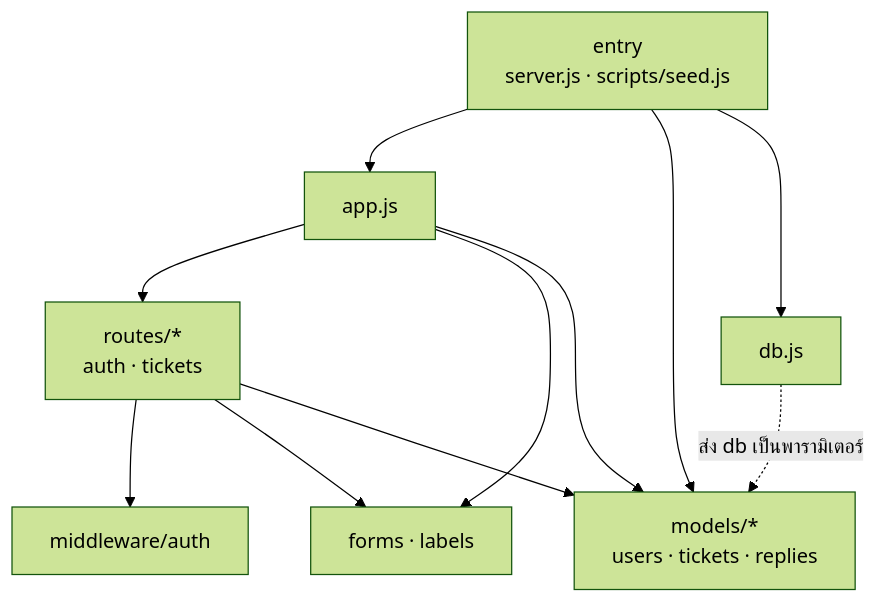
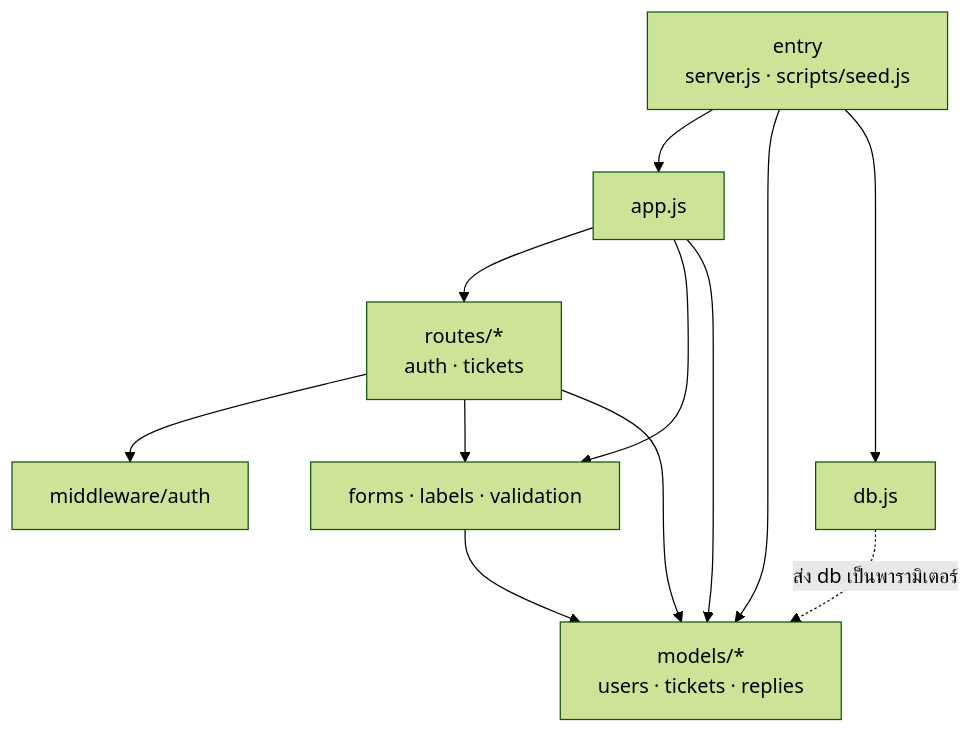
The diagram in README.md (patcharakasitpk-svg/customer-support), drawn with Mermaid (forest theme) before and after one commit. The commit also changed other lines of this file and 11 other files, not shown here.

Commit message:
test: split tests into unit and integration, add unit tests for middleware, helpers and models

````diff
--- a/README.md
+++ b/README.md
@@ -63,21 +76,22 @@
 ```mermaid
 flowchart TD
   entry["entry<br/>server.js · scripts/seed.js"]
   app["app.js"]
   routes["routes/*<br/>auth · tickets"]
-  helpers["forms · labels"]
+  helpers["forms · labels · validation"]
   mw["middleware/auth"]
   models["models/*<br/>users · tickets · replies"]
   db["db.js"]
 
   entry --> app
   entry --> models
   entry --> db
   app --> routes
   app --> helpers
   app --> models
   routes --> mw
   routes --> helpers
   routes --> models
+  helpers --> models
   db -. "ส่ง db เป็นพารามิเตอร์" .-> models
 ```
````
